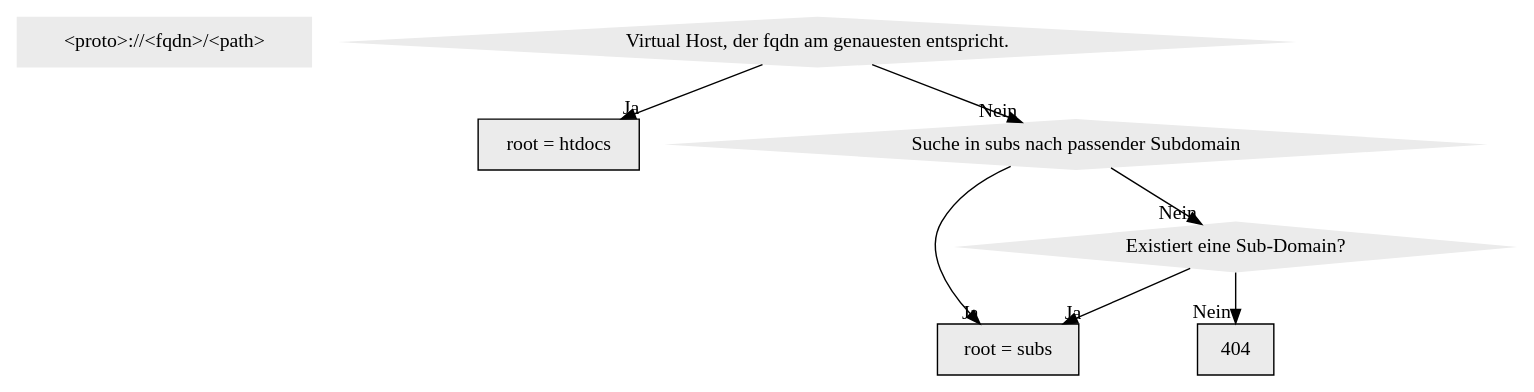
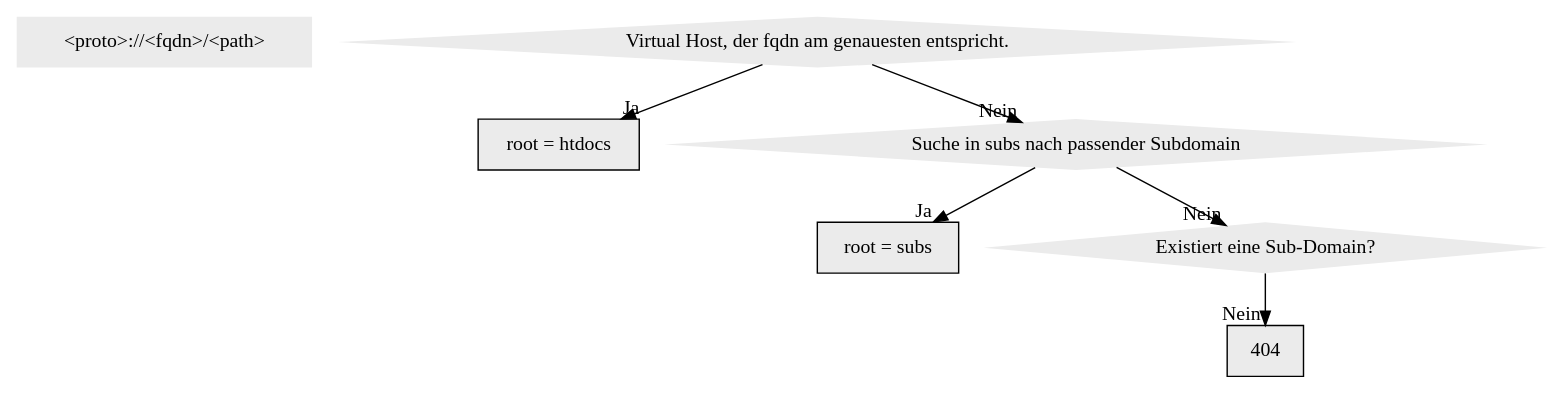
Before and after one commit to hostsharing/hs.docs.users: the diagram in source/administration/domain/filemap-ohne-ssl.dot, drawn with Graphviz.

Commit message:
test syntax

```diff
--- a/source/administration/domain/filemap-ohne-ssl.dot
+++ b/source/administration/domain/filemap-ohne-ssl.dot
@@ -1,21 +1,20 @@
 digraph d  { 
 	node [peripheries=0, style=filled, fillcolor="grey92", font=Helvetica, fontcolor=black]
 
 	enquire_information [shape=box, label="<proto>://<fqdn>/<path>" ]
 
 
     vh_check_fqdn [shape=diamond, label="Virtual Host, der fqdn am genauesten entspricht."]
 	root_htdocs_ok [shape=record, label="root = htdocs"]
 	root_search_in_subs [shape=diamond, label="Suche in subs nach passender Subdomain"]
     root_subs_ok [shape=record, label="root = subs"]
 	htdocsfallback_subs [shape=diamond, label="Existiert eine Sub-Domain? " ]
 	404 [shape=record, label="404"] 
         
 	
 	vh_check_fqdn -> root_htdocs_ok [headlabel="Ja"]
 	vh_check_fqdn -> root_search_in_subs [headlabel="Nein"]
 	root_search_in_subs -> root_subs_ok [headlabel="Ja"]
 	root_search_in_subs -> htdocsfallback_subs [headlabel="Nein"]
-	htdocsfallback_subs -> root_subs_ok [headlabel="Ja"]
 	htdocsfallback_subs -> 404 [headlabel="Nein"]
 }
```
